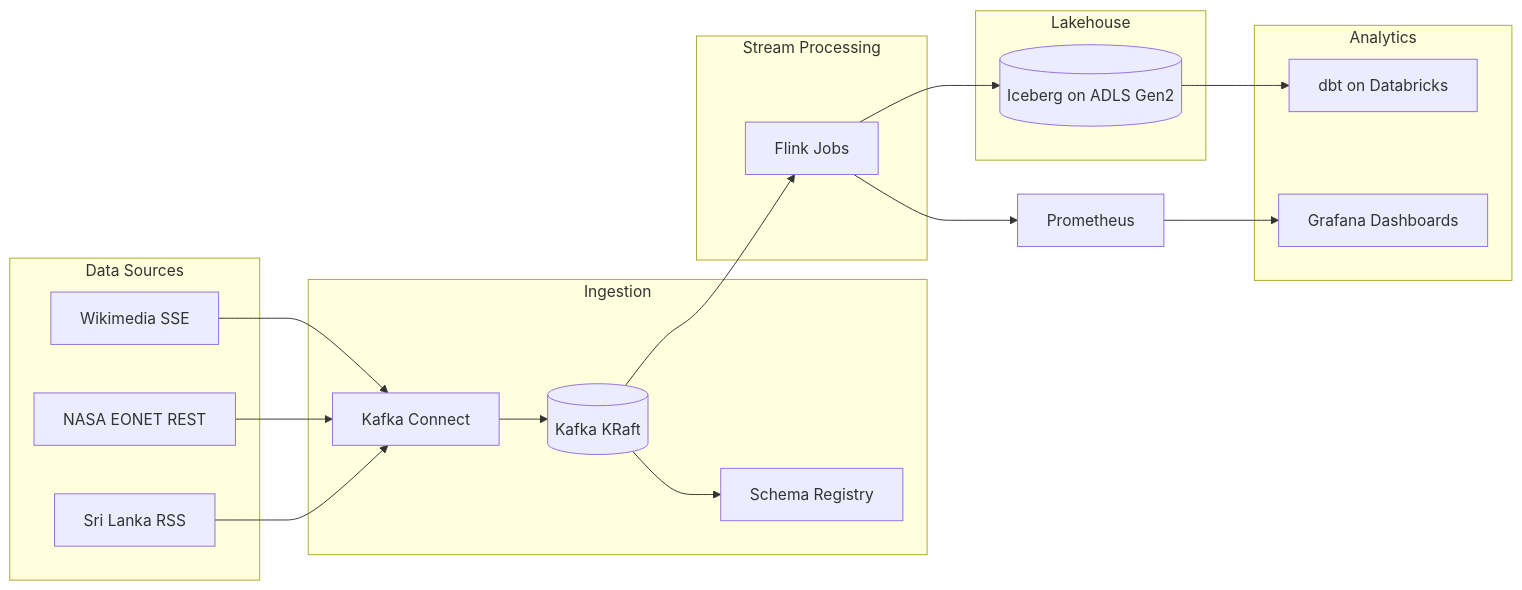
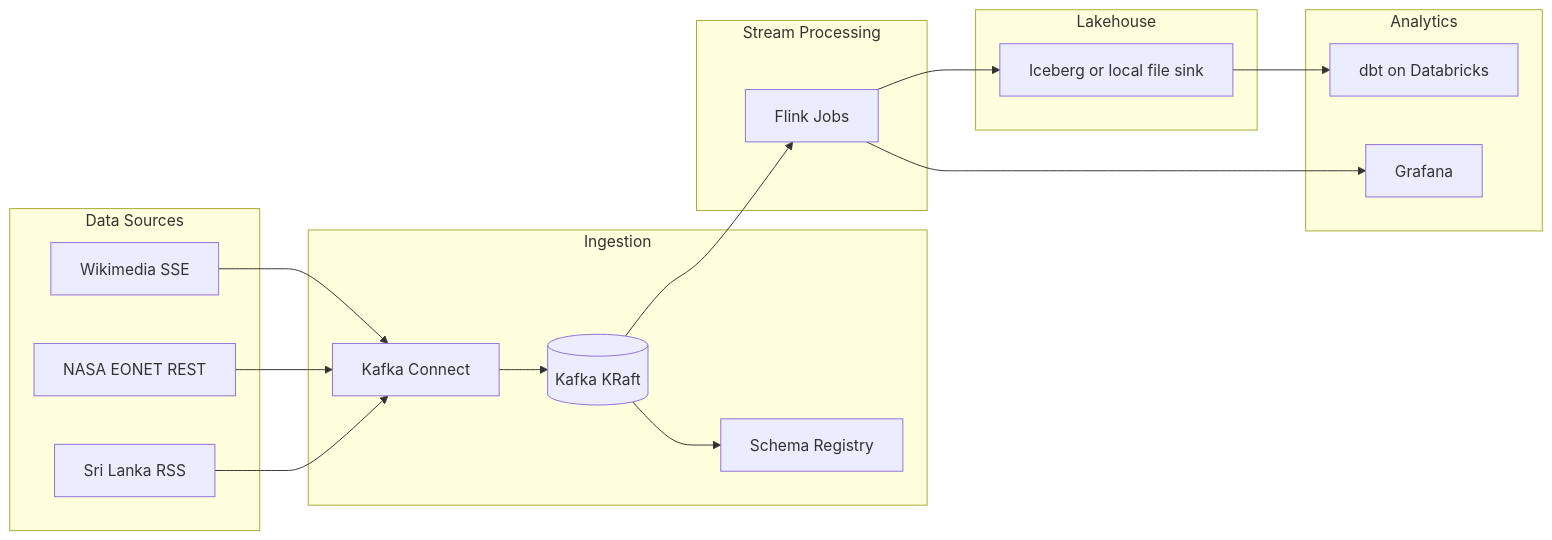
Before and after one commit to Cookie-Cat21/Vega: the diagram in README.md, drawn with Mermaid. The commit also changed other lines of this file and 1035 other files, not shown here.

````diff
--- a/README.md
+++ b/README.md
@@ -9,38 +11,37 @@
 ```mermaid
 flowchart LR
     subgraph sources [Data Sources]
         Wiki[Wikimedia SSE]
         EONET[NASA EONET REST]
         SLNews[Sri Lanka RSS]
     end
 
     subgraph ingest [Ingestion]
         KC[Kafka Connect]
         Kafka[(Kafka KRaft)]
         SR[Schema Registry]
     end
 
     subgraph process [Stream Processing]
         Flink[Flink Jobs]
     end
 
     subgraph storage [Lakehouse]
-        Iceberg[(Iceberg on ADLS Gen2)]
+        Sink[Iceberg or local file sink]
     end
 
     subgraph analytics [Analytics]
         DBT[dbt on Databricks]
-        Grafana[Grafana Dashboards]
+        Grafana[Grafana]
     end
 
     Wiki --> KC
     EONET --> KC
     SLNews --> KC
     KC --> Kafka
     Kafka --> SR
     Kafka --> Flink
-    Flink --> Iceberg
-    Iceberg --> DBT
-    Flink --> Prometheus
-    Prometheus --> Grafana
+    Flink --> Sink
+    Sink --> DBT
+    Flink --> Grafana
 ```
````
